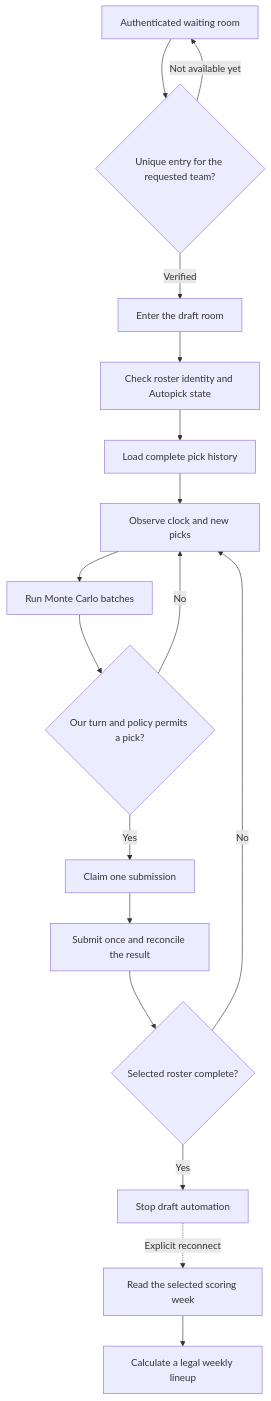
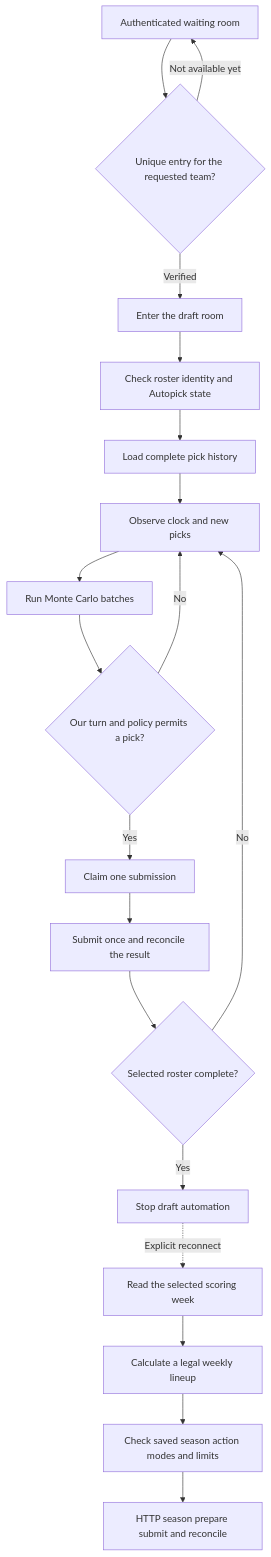
One commit to krmisystems/fantasy-football-manager changed the fourth of 4 diagrams in docs/ARCHITECTURE.md. Above: the diagram before and after it, drawn with Mermaid. The commit also changed other lines of this file and 69 other files, not shown here.

````diff
--- a/docs/ARCHITECTURE.md
+++ b/docs/ARCHITECTURE.md
@@ -122,19 +194,21 @@
 ```mermaid
 flowchart TD
     Waiting[Authenticated waiting room] --> Entry{Unique entry for the requested team?}
     Entry -->|Not available yet| Waiting
     Entry -->|Verified| Room[Enter the draft room]
     Room --> Identity[Check roster identity and Autopick state]
     Identity --> History[Load complete pick history]
     History --> Observe[Observe clock and new picks]
     Observe --> Simulate[Run Monte Carlo batches]
     Simulate --> Turn{Our turn and policy permits a pick?}
     Turn -->|No| Observe
     Turn -->|Yes| Claim[Claim one submission]
     Claim --> Confirm[Submit once and reconcile the result]
     Confirm --> Complete{Selected roster complete?}
     Complete -->|No| Observe
     Complete -->|Yes| Stop[Stop draft automation]
     Stop -. Explicit reconnect .-> Season[Read the selected scoring week]
     Season --> Lineup[Calculate a legal weekly lineup]
+    Lineup --> Policy[Check saved season action modes and limits]
+    Policy --> HTTP[HTTP season prepare submit and reconcile]
 ```
````
